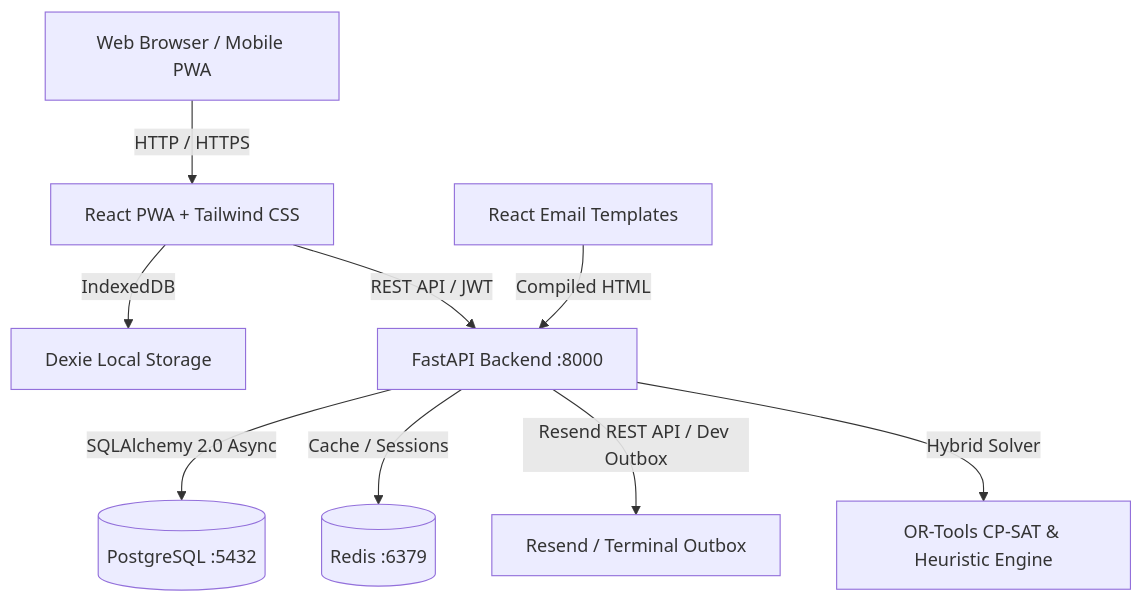
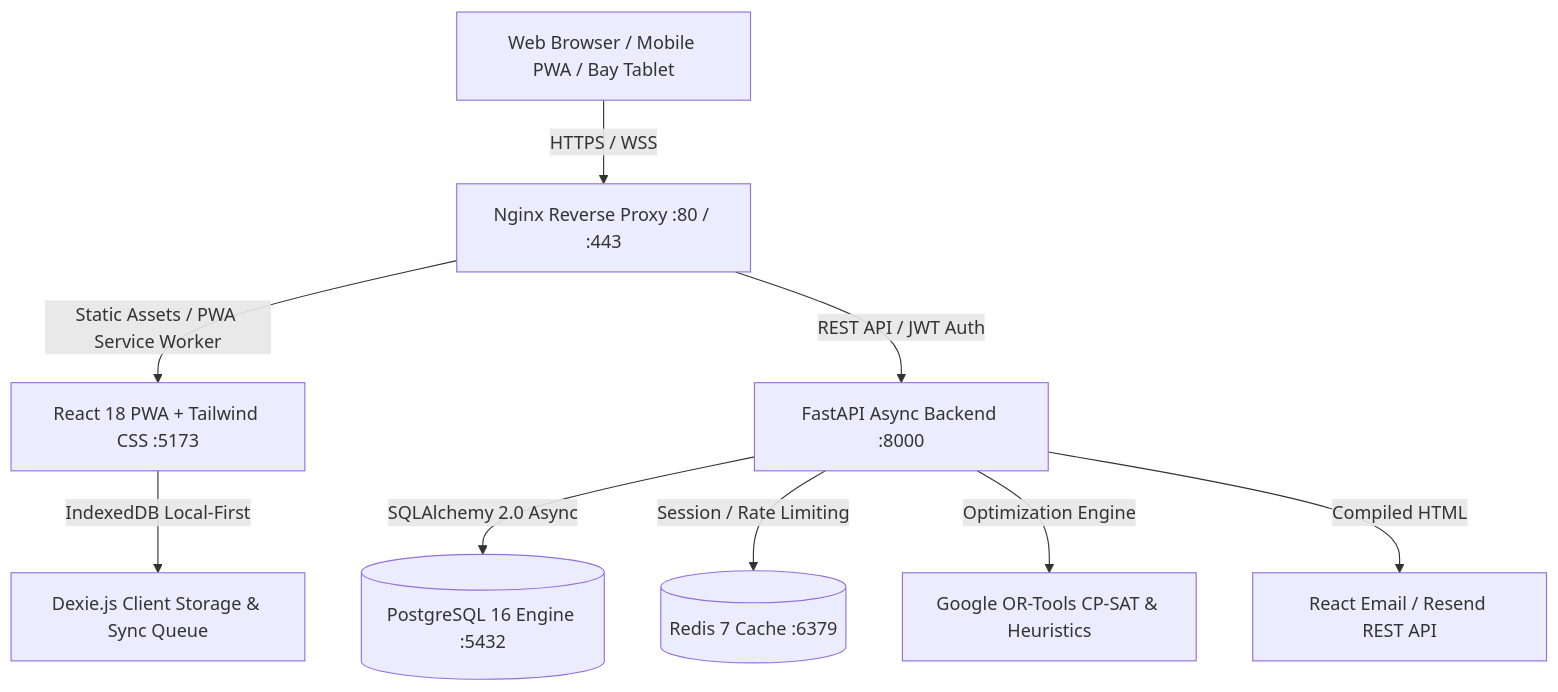
Before and after one commit to Curl-X-Tech/curlx_retrails: the diagram in README.md, drawn with Mermaid. The commit also changed other lines of this file and 17 other files, not shown here.

````diff
--- a/README.md
+++ b/README.md
@@ -57,11 +105,11 @@
 ```mermaid
 graph TD
-    Client[Web Browser / Mobile PWA] -->|HTTP / HTTPS| Frontend[React PWA + Tailwind CSS]
-    Frontend -->|IndexedDB| Dexie[Dexie Local Storage]
-    Frontend -->|REST API / JWT| Backend[FastAPI Backend :8000]
-    Backend -->|SQLAlchemy 2.0 Async| DB[(PostgreSQL :5432)]
-    Backend -->|Cache / Sessions| Redis[(Redis :6379)]
-    Backend -->|Resend REST API / Dev Outbox| EmailGateway[Resend / Terminal Outbox]
-    Backend -->|Hybrid Solver| ORTools[OR-Tools CP-SAT & Heuristic Engine]
-    Emails[React Email Templates] -->|Compiled HTML| Backend
+    Client[Web Browser / Mobile PWA / Bay Tablet] -->|HTTPS / WSS| Nginx[Nginx Reverse Proxy :80 / :443]
+    Nginx -->|Static Assets / PWA Service Worker| Frontend[React 18 PWA + Tailwind CSS :5173]
+    Frontend -->|IndexedDB Local-First| Dexie[Dexie.js Client Storage & Sync Queue]
+    Nginx -->|REST API / JWT Auth| Backend[FastAPI Async Backend :8000]
+    Backend -->|SQLAlchemy 2.0 Async| DB[(PostgreSQL 16 Engine :5432)]
+    Backend -->|Session / Rate Limiting| Redis[(Redis 7 Cache :6379)]
+    Backend -->|Optimization Engine| Solver[Google OR-Tools CP-SAT & Heuristics]
+    Backend -->|Compiled HTML| Emails[React Email / Resend REST API]
 ```
````
